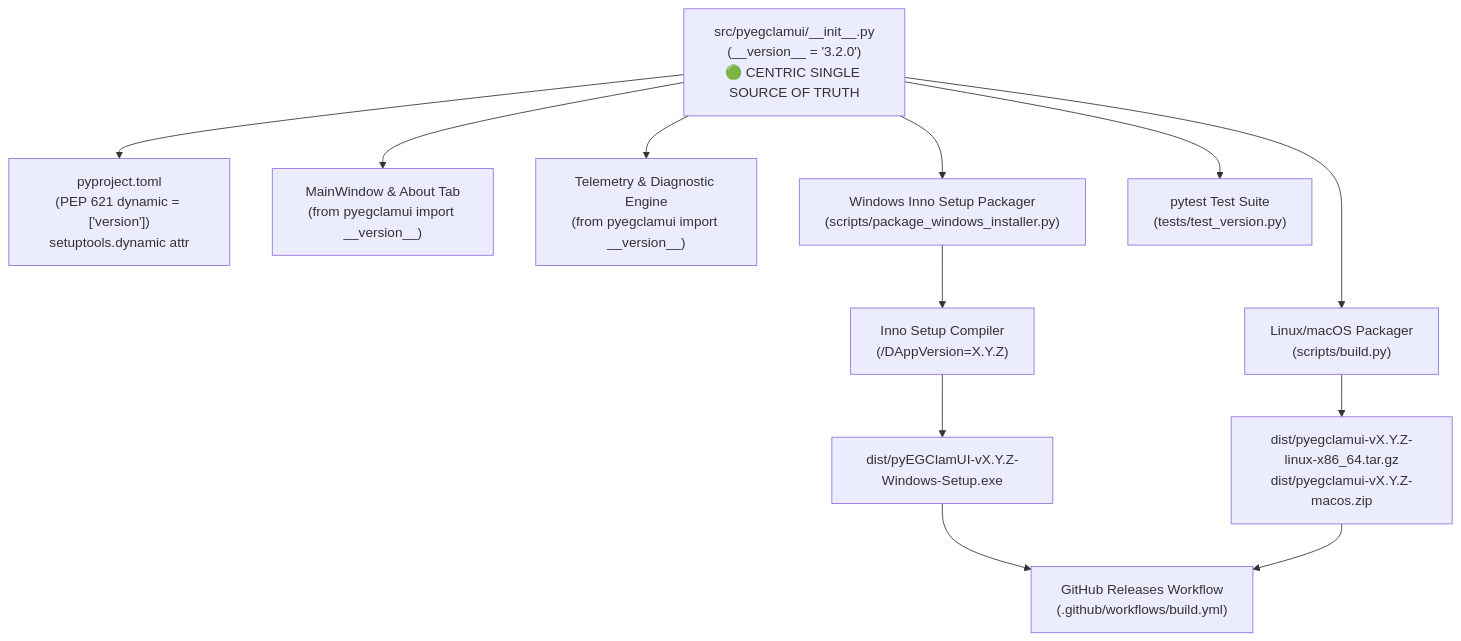
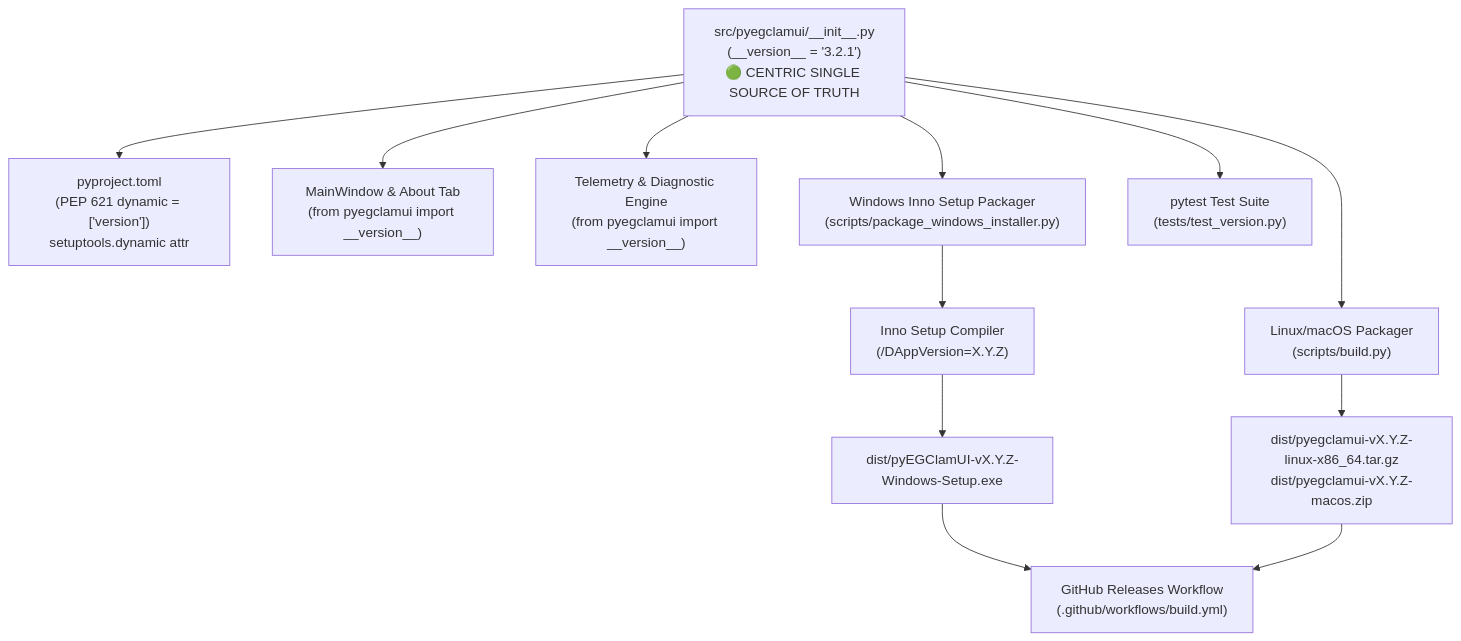
One commit to EG1DOTIN/av.eg1.in changed the second of 3 diagrams in pyEGClamUI-Docs/docs/VERSIONING.md. Above: the diagram before and after it, drawn with Mermaid. The commit also changed other lines of this file and 6 other files, not shown here.

````diff
--- a/pyEGClamUI-Docs/docs/VERSIONING.md
+++ b/pyEGClamUI-Docs/docs/VERSIONING.md
@@ -43,18 +43,18 @@
 ```mermaid
 flowchart TD
-    Init["src/pyegclamui/__init__.py<br/>(__version__ = '3.2.0')<br/>🟢 CENTRIC SINGLE SOURCE OF TRUTH"]
+    Init["src/pyegclamui/__init__.py<br/>(__version__ = '3.2.1')<br/>🟢 CENTRIC SINGLE SOURCE OF TRUTH"]
 
 
     Init --> Pyproj["pyproject.toml<br/>(PEP 621 dynamic = ['version'])<br/>setuptools.dynamic attr"]
     Init --> GUI["MainWindow & About Tab<br/>(from pyegclamui import __version__)"]
     Init --> Telem["Telemetry & Diagnostic Engine<br/>(from pyegclamui import __version__)"]
     Init --> BuildUnix["Linux/macOS Packager<br/>(scripts/build.py)"]
     Init --> BuildWin["Windows Inno Setup Packager<br/>(scripts/package_windows_installer.py)"]
     Init --> Pytest["pytest Test Suite<br/>(tests/test_version.py)"]
 
     BuildWin --> Inno["Inno Setup Compiler<br/>(/DAppVersion=X.Y.Z)"]
     Inno --> SetupExe["dist/pyEGClamUI-vX.Y.Z-Windows-Setup.exe"]
     BuildUnix --> TarGz["dist/pyegclamui-vX.Y.Z-linux-x86_64.tar.gz<br/>dist/pyegclamui-vX.Y.Z-macos.zip"]
     SetupExe --> Release["GitHub Releases Workflow<br/>(.github/workflows/build.yml)"]
     TarGz --> Release
 ```
````
